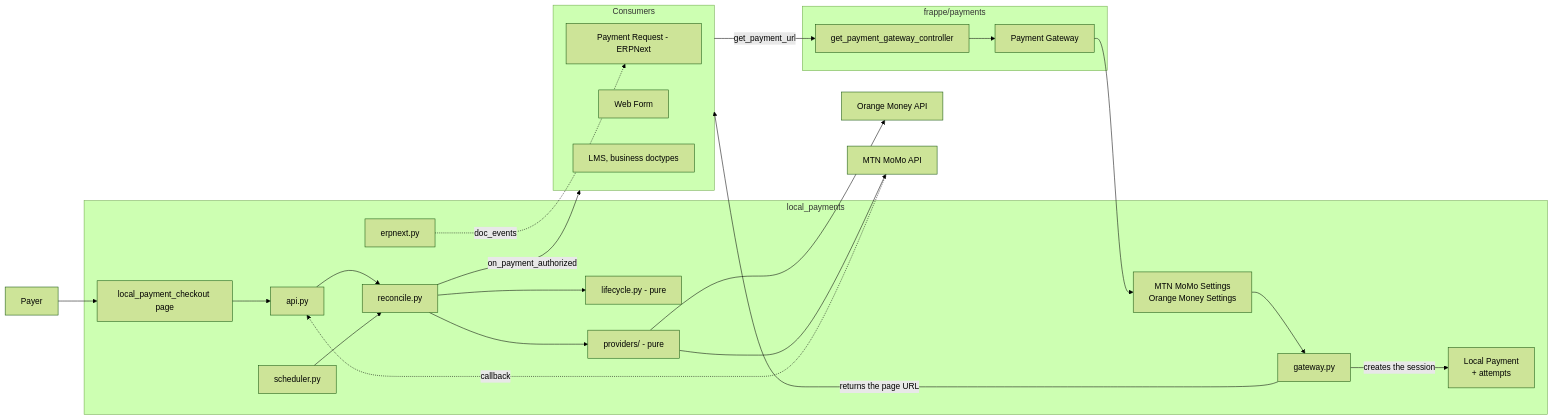
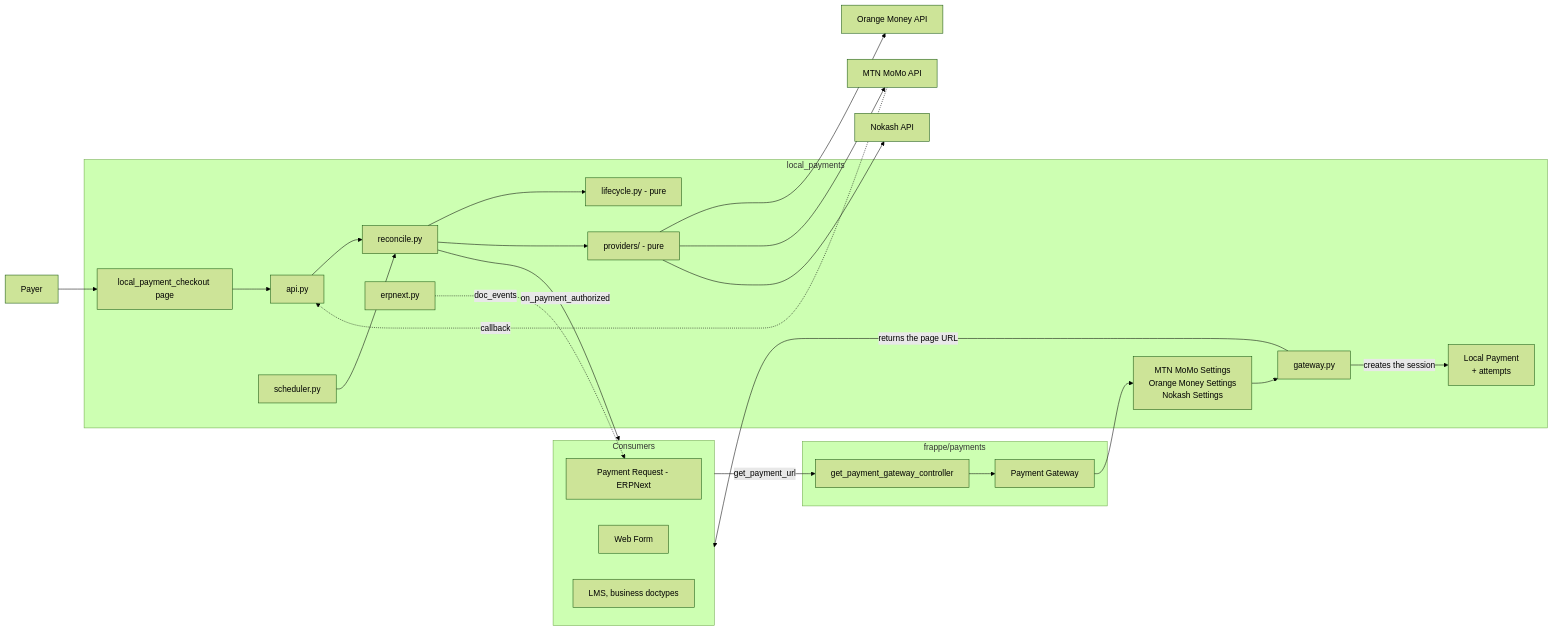
The first of 4 diagrams in docs/ARCHITECTURE.md (skyengpro/local_payments), drawn with Mermaid (forest theme) before and after one commit. The commit also changed other lines of this file and 30 other files, not shown here.

````diff
--- a/docs/ARCHITECTURE.md
+++ b/docs/ARCHITECTURE.md
@@ -52,44 +59,46 @@
 ```mermaid
 flowchart LR
     subgraph CONS["Consumers"]
         PR["Payment Request - ERPNext"]
         WF["Web Form"]
         APP["LMS, business doctypes"]
     end
 
     subgraph FP["frappe/payments"]
         PG["Payment Gateway"]
         CTRL["get_payment_gateway_controller"]
     end
 
     subgraph LP["local_payments"]
-        SET["MTN MoMo Settings<br/>Orange Money Settings"]
+        SET["MTN MoMo Settings<br/>Orange Money Settings<br/>Nokash Settings"]
         GW["gateway.py"]
         LPAY["Local Payment<br/>+ attempts"]
         PAGE["local_payment_checkout page"]
         API["api.py"]
         REC["reconcile.py"]
         LC["lifecycle.py - pure"]
         PROV["providers/ - pure"]
         SCH["scheduler.py"]
         BR["erpnext.py"]
     end
 
     OM["Orange Money API"]
     MTN["MTN MoMo API"]
+    NK["Nokash API"]
     PAYER["Payer"]
 
     CONS -- "get_payment_url" --> CTRL --> PG --> SET --> GW
     GW -- "creates the session" --> LPAY
     GW -- "returns the page URL" --> CONS
     PAYER --> PAGE --> API
     MTN -. "callback" .-> API
     API --> REC
     SCH --> REC
     REC --> LC
     REC --> PROV
     PROV --> OM
     PROV --> MTN
+    PROV --> NK
     REC -- "on_payment_authorized" --> CONS
     BR -. "doc_events" .-> PR
 ```
````
